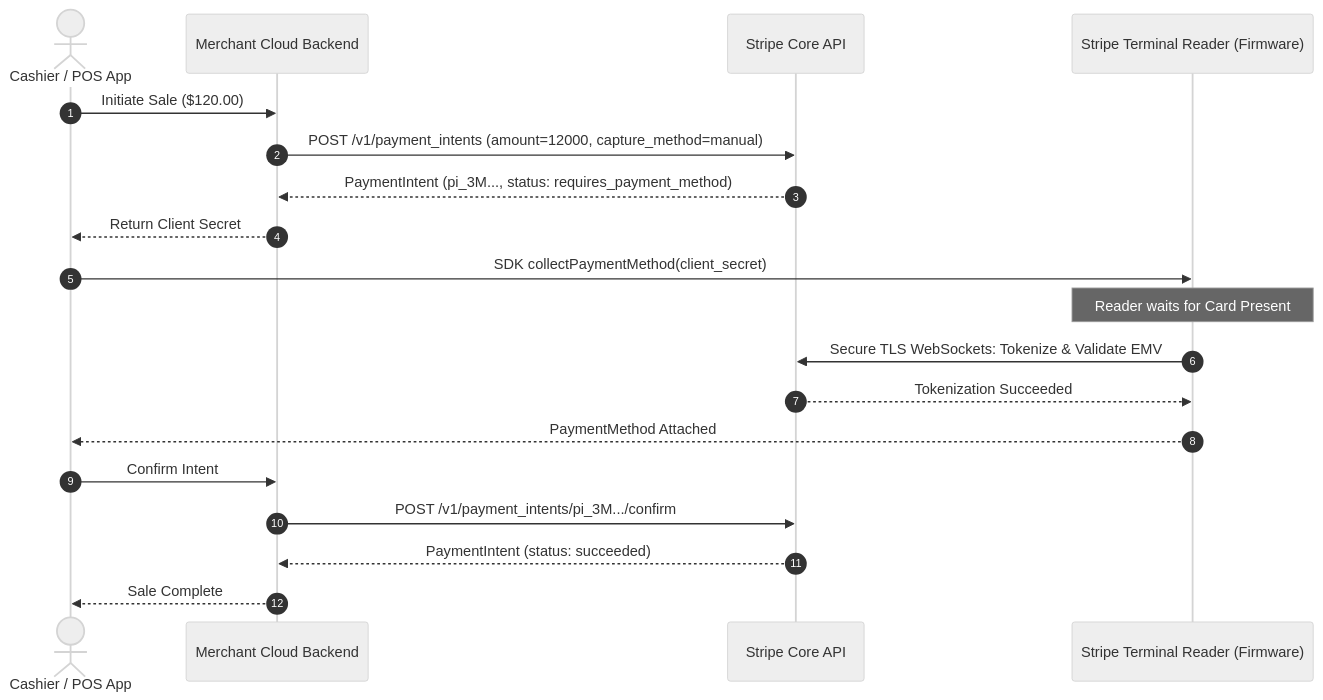
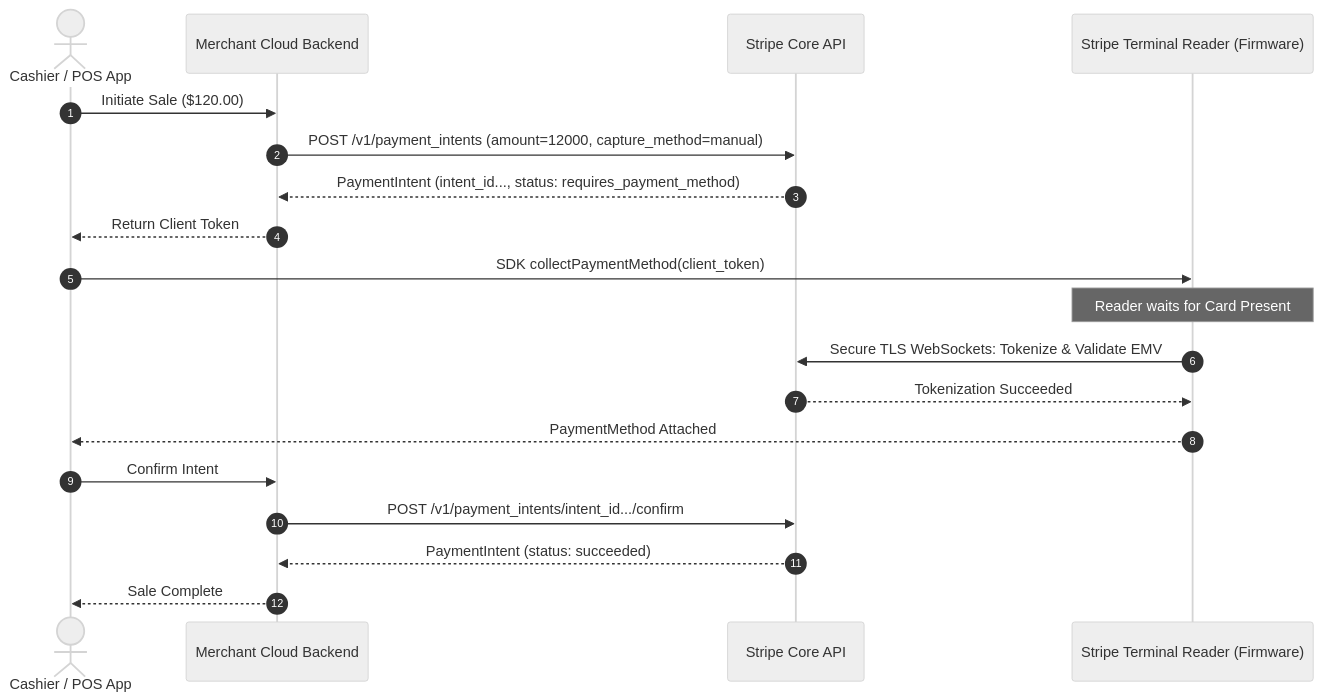
Before and after one commit to ChristianPastenC/vesper-platform: the fourth of 7 diagrams in docs/research/benchmarking_solutions.md, drawn with Mermaid (neutral theme). The commit also changed 1 other file, not shown here.

Commit message:
fix(secops): bypass trufflehog heuristic for markdown stripe examples and unblock sast on stdlib cves

````diff
--- a/docs/research/benchmarking_solutions.md
+++ b/docs/research/benchmarking_solutions.md
@@ -129,22 +129,22 @@
 ```mermaid
 sequenceDiagram
     autonumber
     actor Cashier as Cashier / POS App
     participant CloudBackend as Merchant Cloud Backend
     participant StripeAPI as Stripe Core API
     participant Reader as Stripe Terminal Reader (Firmware)
 
     Cashier->>CloudBackend: Initiate Sale ($120.00)
     CloudBackend->>StripeAPI: POST /v1/payment_intents (amount=12000, capture_method=manual)
-    StripeAPI-->>CloudBackend: PaymentIntent (pi_3M..., status: requires_payment_method)
-    CloudBackend-->>Cashier: Return Client Secret
-    Cashier->>Reader: SDK collectPaymentMethod(client_secret)
+    StripeAPI-->>CloudBackend: PaymentIntent (intent_id..., status: requires_payment_method)
+    CloudBackend-->>Cashier: Return Client Token
+    Cashier->>Reader: SDK collectPaymentMethod(client_token)
     Note over Reader: Reader waits for Card Present
     Reader->>StripeAPI: Secure TLS WebSockets: Tokenize & Validate EMV
     StripeAPI-->>Reader: Tokenization Succeeded
     Reader-->>Cashier: PaymentMethod Attached
     Cashier->>CloudBackend: Confirm Intent
-    CloudBackend->>StripeAPI: POST /v1/payment_intents/pi_3M.../confirm
+    CloudBackend->>StripeAPI: POST /v1/payment_intents/intent_id.../confirm
     StripeAPI-->>CloudBackend: PaymentIntent (status: succeeded)
     CloudBackend-->>Cashier: Sale Complete
 ```
````
